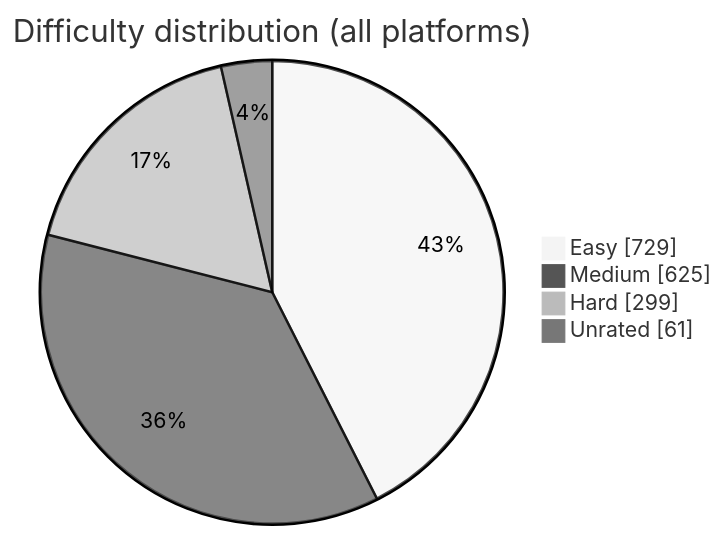
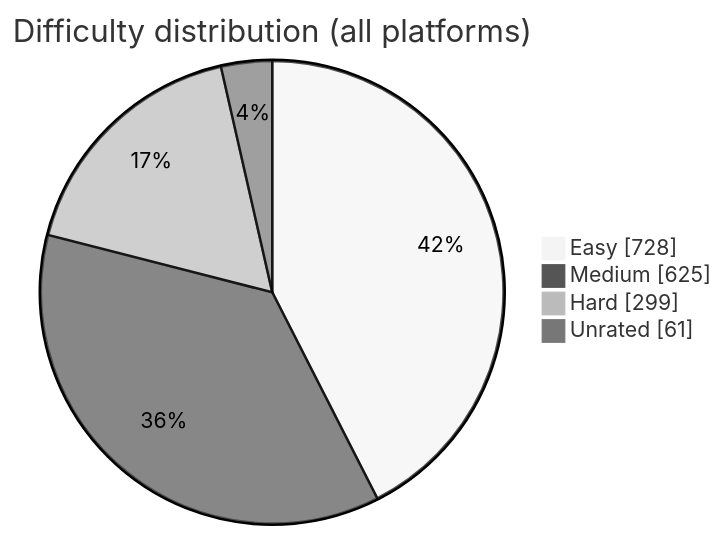
The diagram in README.md (BuildbyArindam/Daily-Coding-Log), drawn with Mermaid (neutral theme) before and after one commit. The commit also changed other lines of this file, not shown here.

````diff
--- a/README.md
+++ b/README.md
@@ -93,7 +93,7 @@
 ```mermaid
 pie showData title Difficulty distribution (all platforms)
-    "Easy" : 729
+    "Easy" : 728
     "Medium" : 625
     "Hard" : 299
     "Unrated" : 61
 ```
````
